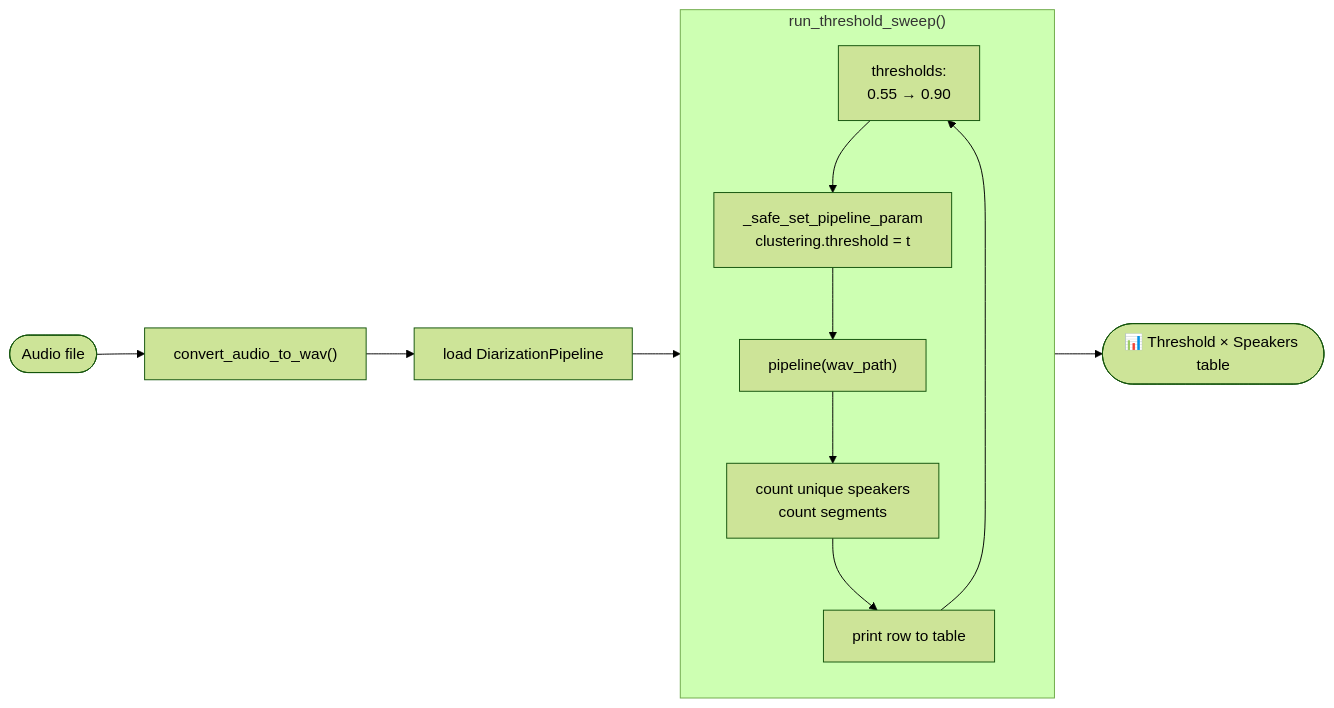
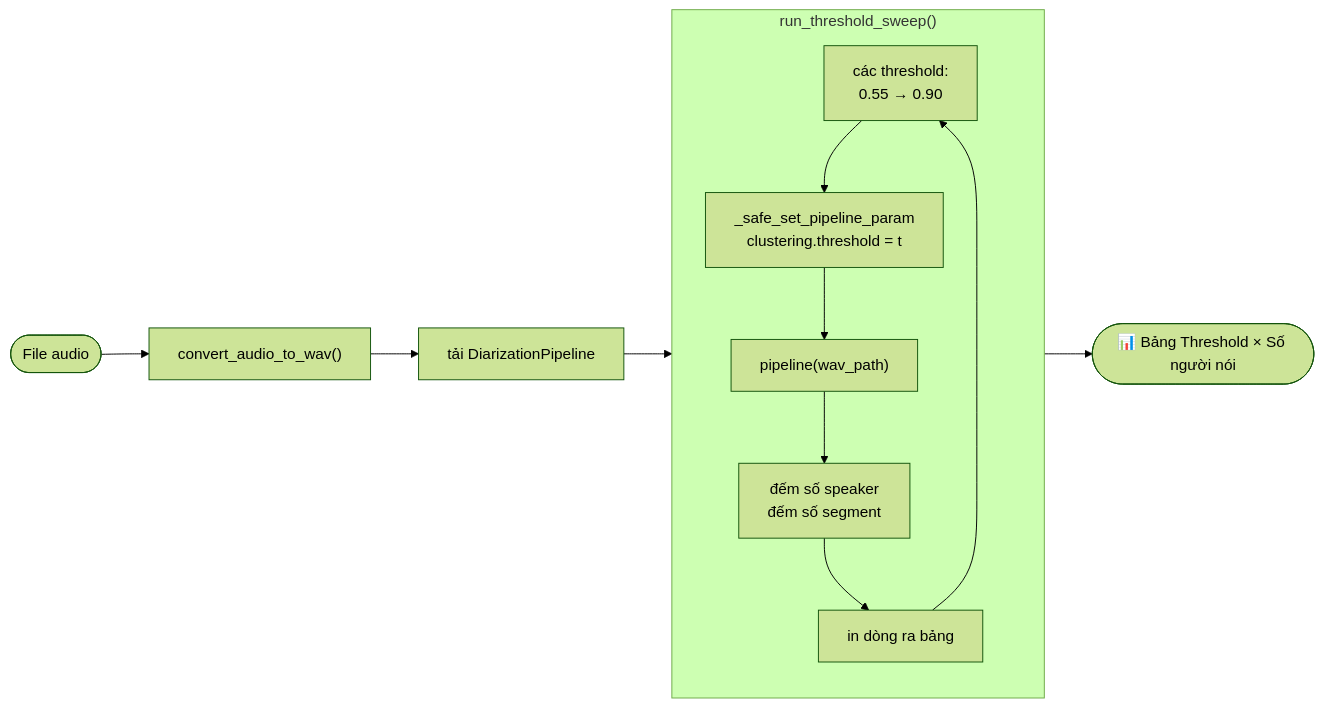
Before and after one commit to dangthemen10/speech-to-text-sample: the second of 3 diagrams in docs/ARCHITECTURE.md, drawn with Mermaid (forest theme). The commit also changed other lines of this file and 1 other file, not shown here.

````diff
--- a/docs/ARCHITECTURE.md
+++ b/docs/ARCHITECTURE.md
@@ -139,20 +139,20 @@
 ```mermaid
 flowchart LR
-    INPUT([Audio file])
+    INPUT([File audio])
     CONVERT["convert_audio_to_wav()"]
-    LOAD["load DiarizationPipeline"]
+    LOAD["tải DiarizationPipeline"]
 
     subgraph SWEEP_LOOP ["run_threshold_sweep()"]
         direction TB
-        THRESHOLDS["thresholds:\n0.55 → 0.90"]
+        THRESHOLDS["các threshold:\n0.55 → 0.90"]
         SET["_safe_set_pipeline_param\nclustering.threshold = t"]
         RUN["pipeline(wav_path)"]
-        COUNT["count unique speakers\ncount segments"]
-        PRINT["print row to table"]
+        COUNT["đếm số speaker\nđếm số segment"]
+        PRINT["in dòng ra bảng"]
         THRESHOLDS --> SET --> RUN --> COUNT --> PRINT --> THRESHOLDS
     end
 
-    TABLE([📊 Threshold × Speakers table])
+    TABLE([📊 Bảng Threshold × Số người nói])
 
     INPUT --> CONVERT --> LOAD --> SWEEP_LOOP --> TABLE
 ```
````
